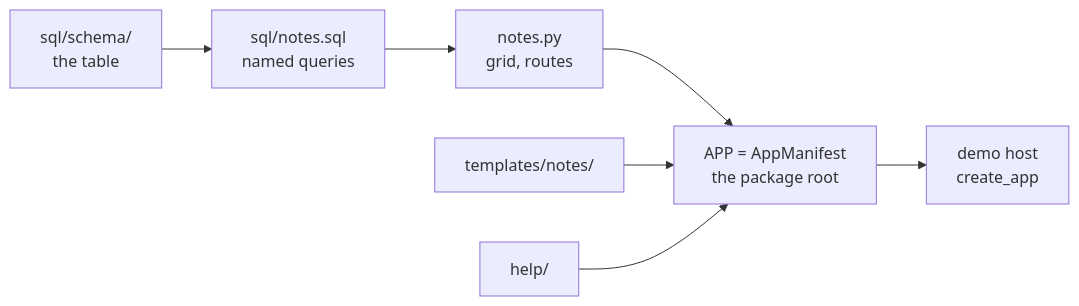
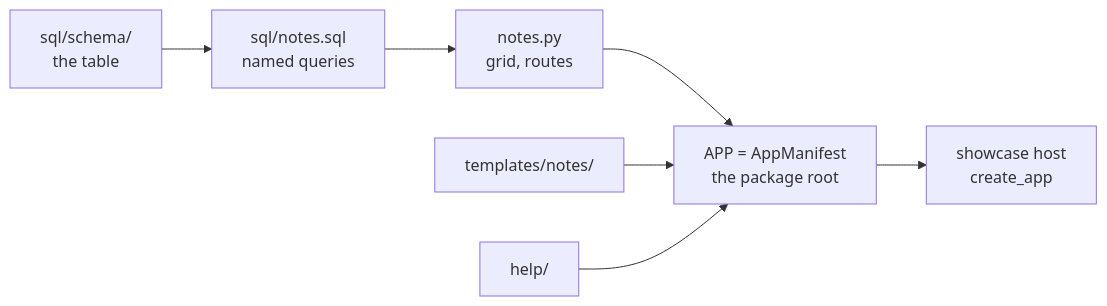
One commit to anilvenugopal/lattice changed the diagram in lattice/help/developer/getting-started/first-app.md. Above: the diagram before and after it, drawn with Mermaid. The commit also changed other lines of this file and 125 other files, not shown here.

First line of the commit message:
Showcase replaces the demo: one page per capability

````diff
--- a/lattice/help/developer/getting-started/first-app.md
+++ b/lattice/help/developer/getting-started/first-app.md
@@ -22,9 +22,9 @@
 ```mermaid
 flowchart LR
   S[sql/schema/<br/>the table] --> Q[sql/notes.sql<br/>named queries]
   Q --> N[notes.py<br/>grid, routes]
   N --> A[APP = AppManifest<br/>the package root]
   T[templates/notes/] --> A
   H[help/] --> A
-  A --> Host[demo host<br/>create_app]
+  A --> Host[showcase host<br/>create_app]
 ```
````
